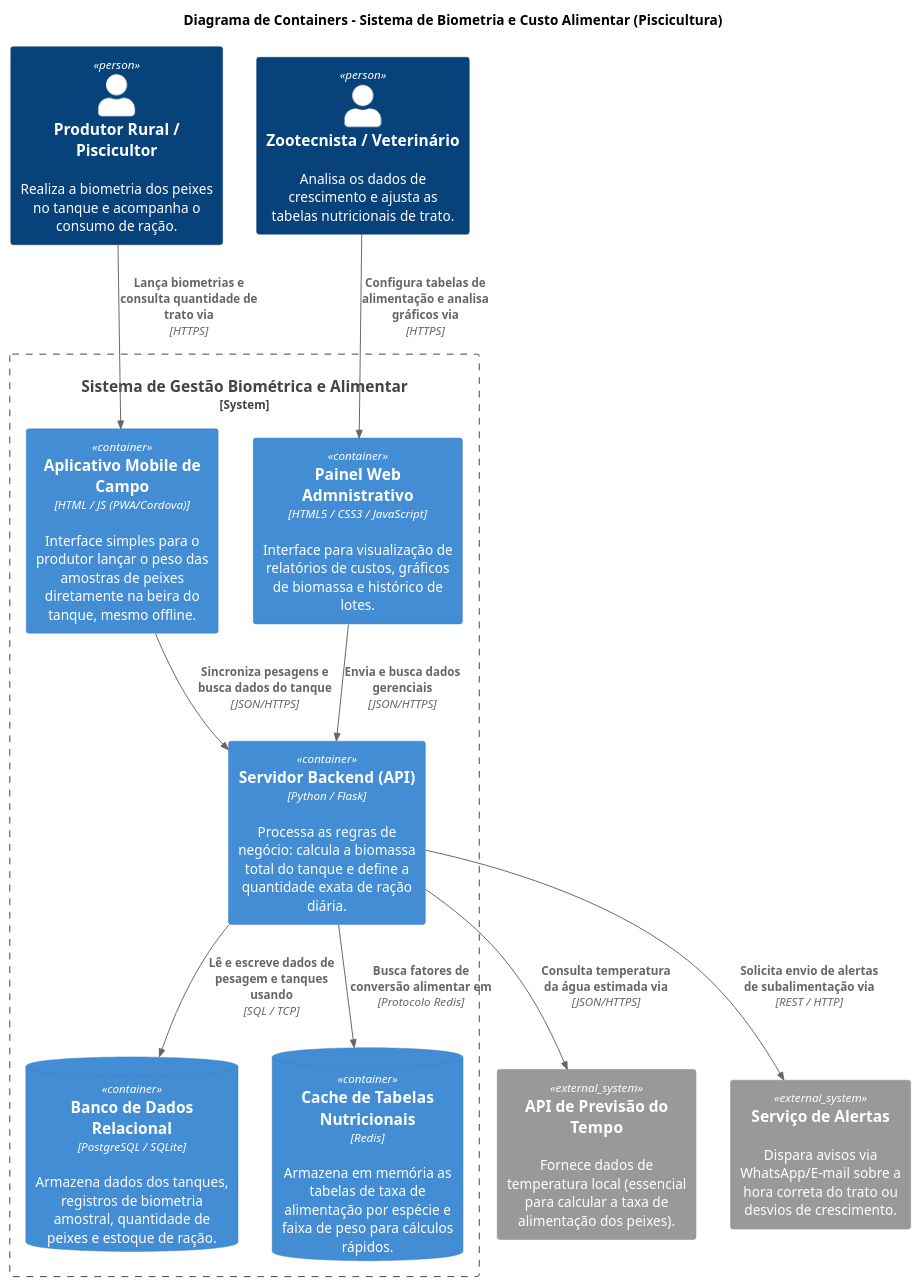
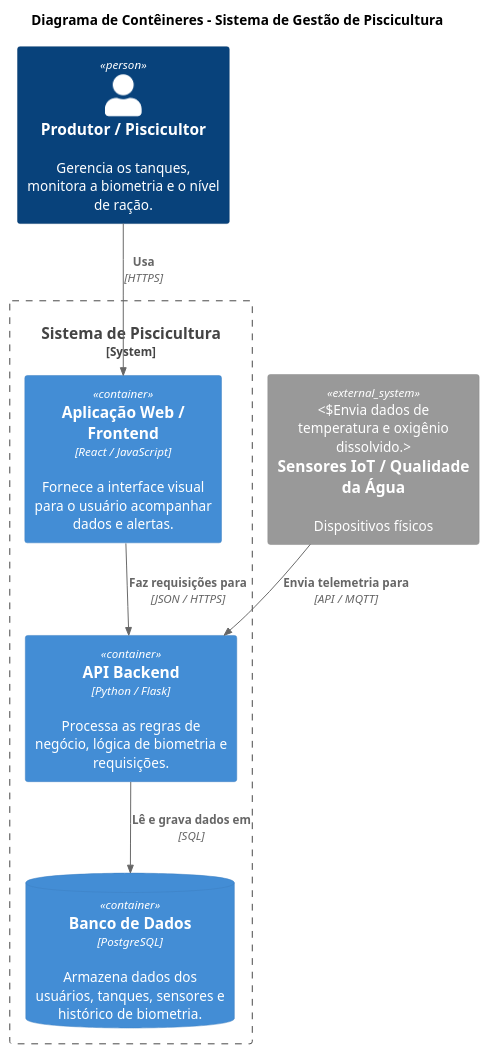
Before and after one commit to MariaLuizaGomesSouza/Projeto-Fisher: the diagram in container.puml, drawn with PlantUML. The commit also changed 4 other files, not shown here.

Commit message:
diagrama feito

```diff
--- a/container.puml
+++ b/container.puml
@@ -1,44 +1,21 @@
-@startuml Diagrama_de_Container_Piscicultura
+@startuml
 !include https://raw.githubusercontent.com/plantuml-stdlib/C4-PlantUML/master/C4_Container.puml
 
-title Diagrama de Containers - Sistema de Biometria e Custo Alimentar (Piscicultura)
+title Diagrama de Contêineres - Sistema de Gestão de Piscicultura
 
-' Pessoas / Atores
-Person(produtor, "Produtor Rural / Piscicultor", "Realiza a biometria dos peixes no tanque e acompanha o consumo de ração.")
-Person(veterinario, "Zootecnista / Veterinário", "Analisa os dados de crescimento e ajusta as tabelas nutricionais de trato.")
+Person(usuario, "Produtor / Piscicultor", "Gerencia os tanques, monitora a biometria e o nível de ração.")
 
-' Sistemas Externos
-System_Ext(clima_api, "API de Previsão do Tempo", "Fornece dados de temperatura local (essencial para calcular a taxa de alimentação dos peixes).")
-System_Ext(notificacoes, "Serviço de Alertas", "Dispara avisos via WhatsApp/E-mail sobre a hora correta do trato ou desvios de crescimento.")
-
-' Limite da Aplicação (O Sistema de Monitoramento)
-System_Boundary(sistema_piscicultura, "Sistema de Gestão Biométrica e Alimentar") {
-    
-    Container(web_app, "Painel Web Admnistrativo", "HTML5 / CSS3 / JavaScript", "Interface para visualização de relatórios de custos, gráficos de biomassa e histórico de lotes.")
-    
-    Container(mobile_app, "Aplicativo Mobile de Campo", "HTML / JS (PWA/Cordova)", "Interface simples para o produtor lançar o peso das amostras de peixes diretamente na beira do tanque, mesmo offline.")
-    
-    Container(backend_api, "Servidor Backend (API)", "Python / Flask", "Processa as regras de negócio: calcula a biomassa total do tanque e define a quantidade exata de ração diária.")
-    
-    ContainerDb(database, "Banco de Dados Relacional", "PostgreSQL / SQLite", "Armazena dados dos tanques, registros de biometria amostral, quantidade de peixes e estoque de ração.")
-    
-    ContainerDb(cache, "Cache de Tabelas Nutricionais", "Redis", "Armazena em memória as tabelas de taxa de alimentação por espécie e faixa de peso para cálculos rápidos.")
+System_Boundary(sistema_piscicultura, "Sistema de Piscicultura") {
+    Container(web_app, "Aplicação Web / Frontend", "React / JavaScript", "Fornece a interface visual para o usuário acompanhar dados e alertas.")
+    Container(api, "API Backend", "Python / Flask", "Processa as regras de negócio, lógica de biometria e requisições.")
+    ContainerDb(banco, "Banco de Dados", "PostgreSQL", "Armazena dados dos usuários, tanques, sensores e histórico de biometria.")
 }
 
-' Relacionamentos do Usuário com as Interfaces
-Rel(produtor, mobile_app, "Lança biometrias e consulta quantidade de trato via", "HTTPS")
-Rel(veterinario, web_app, "Configura tabelas de alimentação e analisa gráficos via", "HTTPS")
+System_Ext(sensor_externo, "Sensores IoT / Qualidade da Água", "Dispositivos físicos", "Envia dados de temperatura e oxigênio dissolvido.")
 
-' Relacionamentos das Interfaces com o Backend
-Rel(web_app, backend_api, "Envia e busca dados gerenciais", "JSON/HTTPS")
-Rel(mobile_app, backend_api, "Sincroniza pesagens e busca dados do tanque", "JSON/HTTPS")
-
-' Relacionamentos do Backend com o Banco e Cache
-Rel(backend_api, database, "Lê e escreve dados de pesagem e tanques usando", "SQL / TCP")
-Rel(backend_api, cache, "Busca fatores de conversão alimentar em", "Protocolo Redis")
-
-' Relacionamentos do Backend com Sistemas Externos
-Rel(backend_api, clima_api, "Consulta temperatura da água estimada via", "JSON/HTTPS")
-Rel(backend_api, notificacoes, "Solicita envio de alertas de subalimentação via", "REST / HTTP")
+Rel(usuario, web_app, "Usa", "HTTPS")
+Rel(web_app, api, "Faz requisições para", "JSON / HTTPS")
+Rel(api, banco, "Lê e grava dados em", "SQL")
+Rel(sensor_externo, api, "Envia telemetria para", "API / MQTT")
 
 @enduml
```
